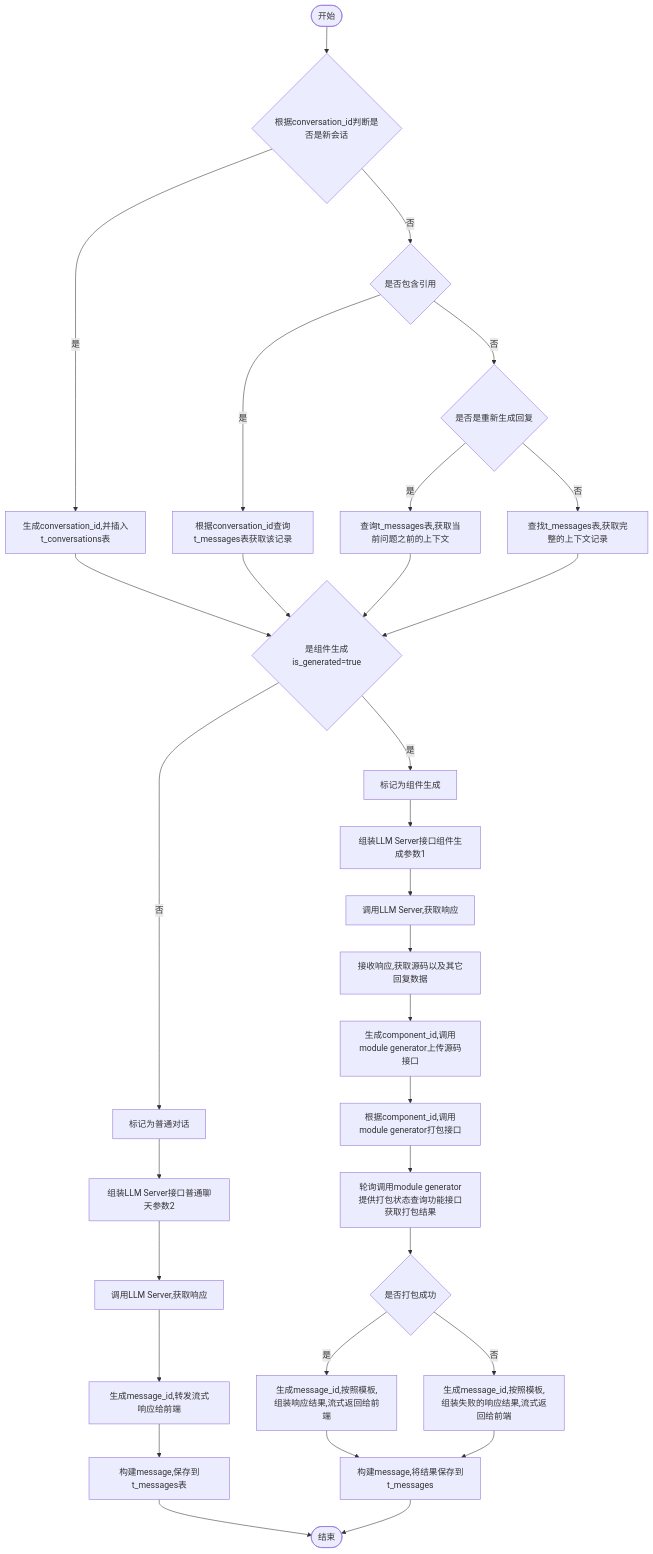
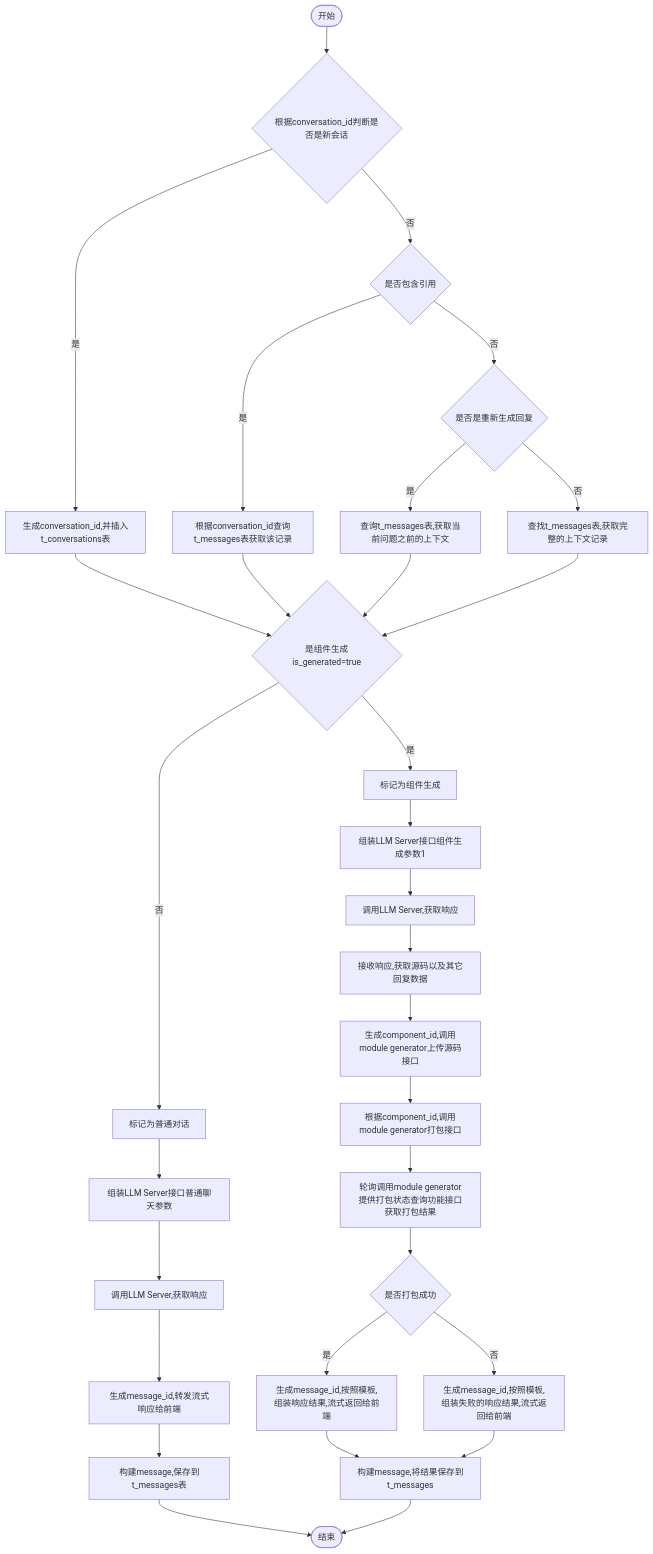
The diagram in all/v0.1.0会话.md (yingjianzh/iodraw-files), drawn with Mermaid before and after one commit.

Commit message:
2024-10-12 17:18:21 update

````diff
--- a/all/v0.1.0会话.md
+++ b/all/v0.1.0会话.md
@@ -1,34 +1,34 @@
 ```mermaid
 flowchart TD
     A([开始]) --> B{根据conversation_id判断是否是新会话}
     B -- 是 --> C[生成conversation_id,并插入t_conversations表]
     B -- 否 --> D{是否包含引用}
     D -- 是 --> E[根据conversation_id查询t_messages表获取该记录]
     D -- 否 --> F{是否是重新生成回复}
     F -- 是 --> G[查询t_messages表,获取当前问题之前的上下文]
     F -- 否 --> H[查找t_messages表,获取完整的上下文记录]
      
     C & E & G & H --> I{是组件生成is_generated=true}
     I -- 是 --> J[标记为组件生成]
     I -- 否 --> K[标记为普通对话]
 
     J --> L[组装LLM Server接口组件生成参数1]    
-    K --> M[组装LLM Server接口普通聊天参数2]    
+    K --> M[组装LLM Server接口普通聊天参数]    
     M --> N[调用LLM Server,获取响应]    
     N --> O[生成message_id,转发流式响应给前端]
     O --> P[构建message,保存到t_messages表]
     P --> R([结束])
 
 
     L --> S[调用LLM Server,获取响应]
     S --> T[接收响应,获取源码以及其它回复数据]
     T --> U[生成component_id,调用module generator上传源码接口]
     U --> V[根据component_id,调用module generator打包接口]
     V --> W[轮询调用module generator提供打包状态查询功能接口获取打包结果]
     W --> X{是否打包成功}
     X -- 是 --> Y[生成message_id,按照模板,组装响应结果,流式返回给前端]
     X -- 否 --> Z[生成message_id,按照模板,组装失败的响应结果,流式返回给前端]
 
     Y & Z --> Result[构建message,将结果保存到t_messages]
     Result --> R
 ```
````
